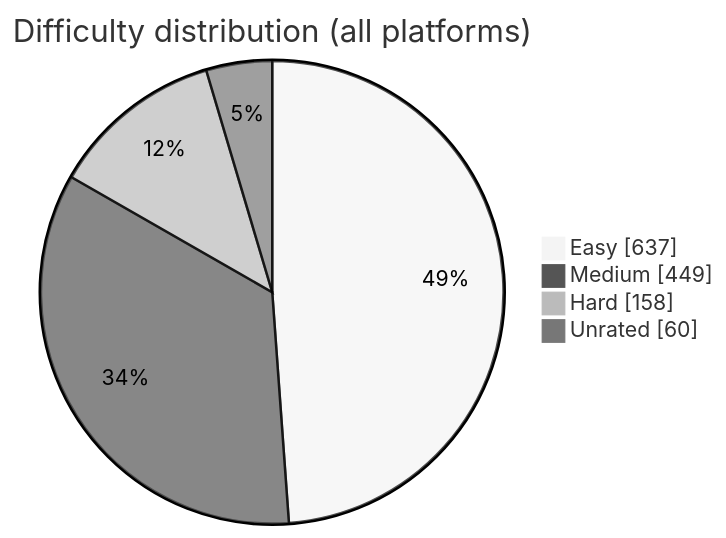
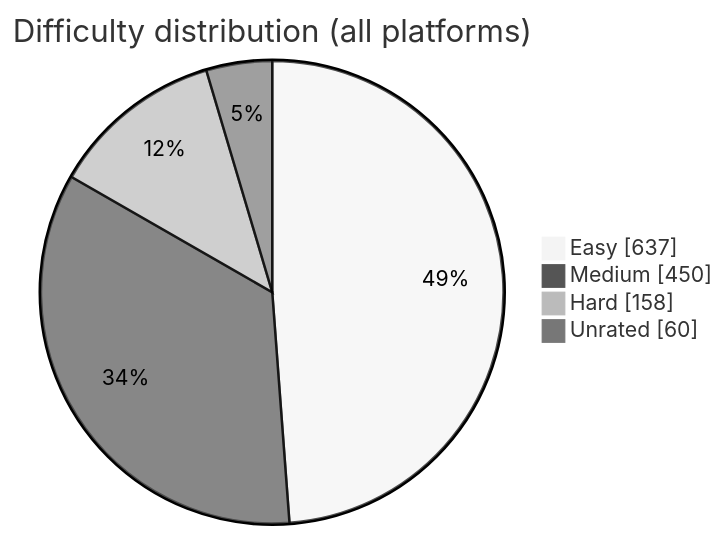
The diagram in README.md (BuildbyArindam/Daily-Coding-Log), drawn with Mermaid (neutral theme) before and after one commit. The commit also changed other lines of this file, not shown here.

````diff
--- a/README.md
+++ b/README.md
@@ -93,7 +93,7 @@
 ```mermaid
 pie showData title Difficulty distribution (all platforms)
     "Easy" : 637
-    "Medium" : 449
+    "Medium" : 450
     "Hard" : 158
     "Unrated" : 60
 ```
````
